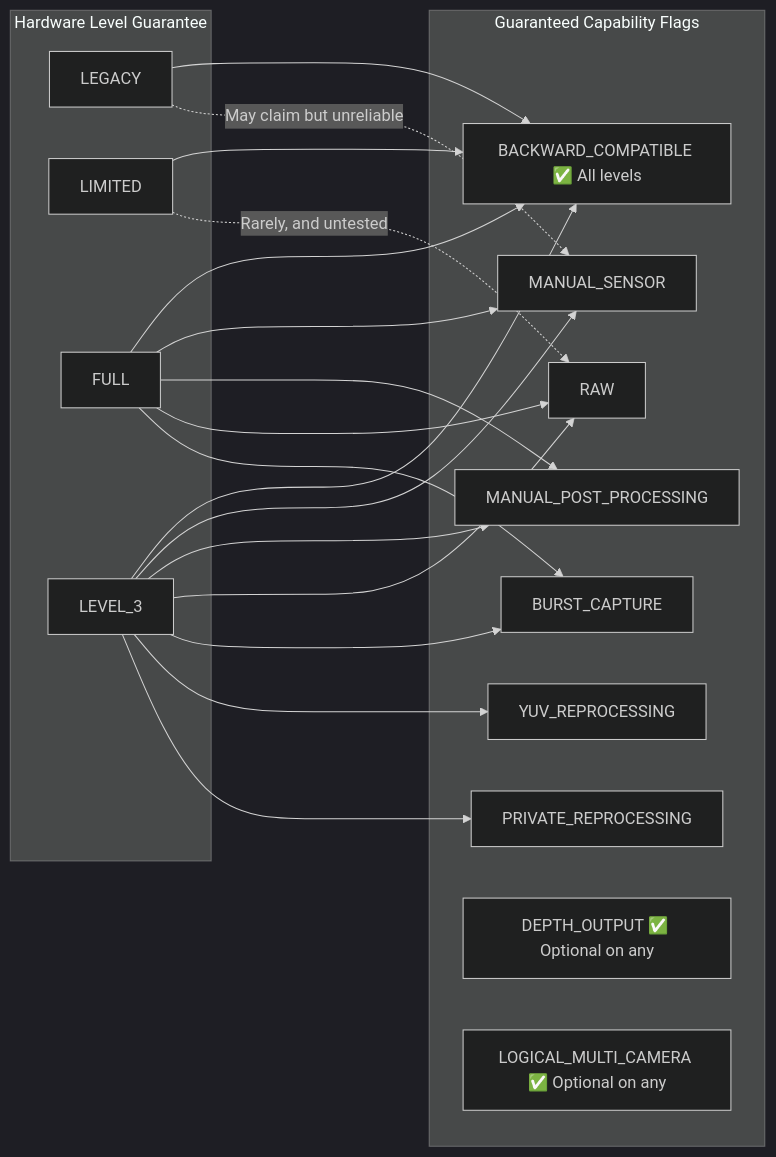
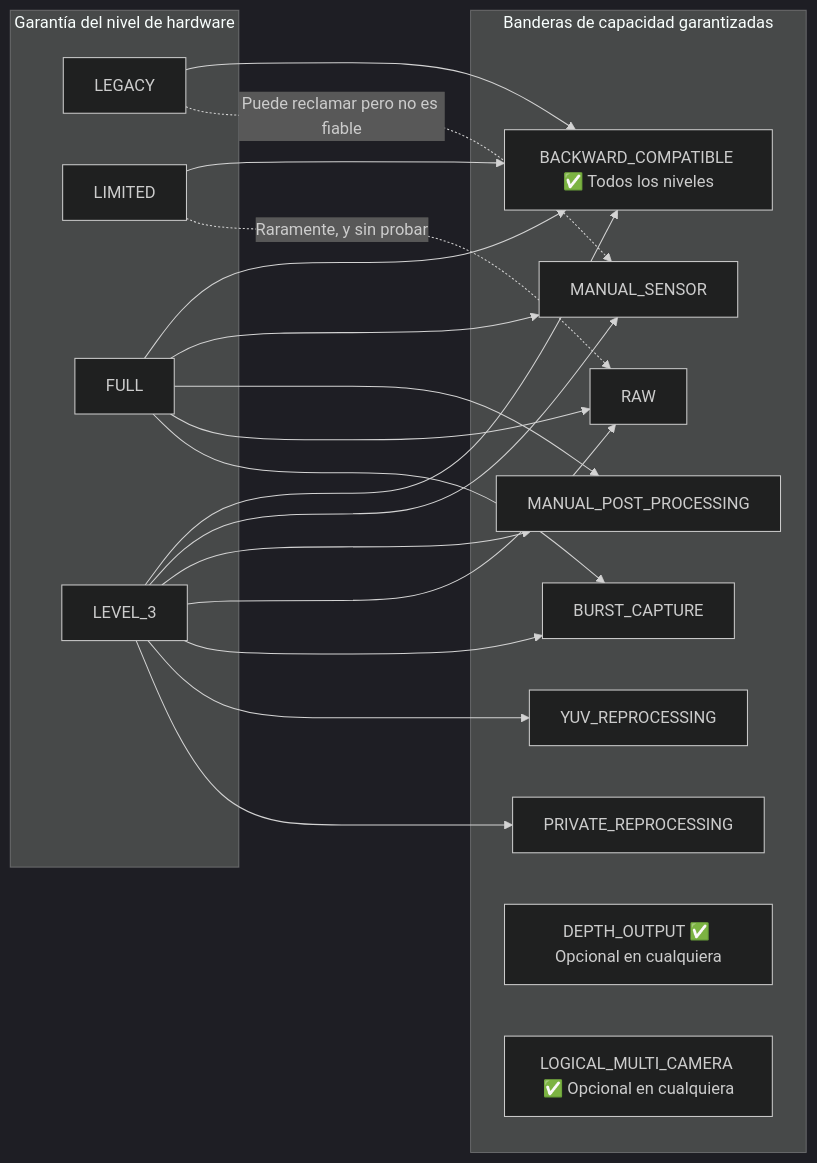
The second of 3 diagrams in website/i18n/es/docusaurus-plugin-content-docs/current/camera2/cameracharacteristics-deep-dive.md (zoozooll/AndroidCameraParameters), drawn with Mermaid (dark theme) before and after one commit. The commit also changed other lines of this file and 378 other files, not shown here.

````diff
--- a/website/i18n/es/docusaurus-plugin-content-docs/current/camera2/cameracharacteristics-deep-dive.md
+++ b/website/i18n/es/docusaurus-plugin-content-docs/current/camera2/cameracharacteristics-deep-dive.md
@@ -137,41 +137,41 @@
 ```mermaid
 flowchart LR
-    subgraph Level["Hardware Level Guarantee"]
+    subgraph Level["Garantía del nivel de hardware"]
         LEG["LEGACY"]
         LIM["LIMITED"]
         FUL["FULL"]
         L3["LEVEL_3"]
     end
 
-    subgraph Cap["Guaranteed Capability Flags"]
-        BC["BACKWARD_COMPATIBLE ✅ All levels"]
+    subgraph Cap["Banderas de capacidad garantizadas"]
+        BC["BACKWARD_COMPATIBLE ✅ Todos los niveles"]
         MS["MANUAL_SENSOR"]
         MP["MANUAL_POST_PROCESSING"]
         RAW["RAW"]
         BURST["BURST_CAPTURE"]
         YUV["YUV_REPROCESSING"]
         PRIV["PRIVATE_REPROCESSING"]
-        DEPTH["DEPTH_OUTPUT ✅ Optional on any"]
-        LMC["LOGICAL_MULTI_CAMERA ✅ Optional on any"]
+        DEPTH["DEPTH_OUTPUT ✅ Opcional en cualquiera"]
+        LMC["LOGICAL_MULTI_CAMERA ✅ Opcional en cualquiera"]
     end
 
     LEG --> BC
     LIM --> BC
     FUL --> BC
     L3 --> BC
 
     FUL --> MS
     FUL --> MP
     FUL --> RAW
     FUL --> BURST
 
     L3 --> MS
     L3 --> MP
     L3 --> RAW
     L3 --> BURST
     L3 --> YUV
     L3 --> PRIV
 
-    LEG -.->|"May claim but unreliable"| MS
-    LIM -.->|"Rarely, and untested"| RAW
+    LEG -.->|"Puede reclamar pero no es fiable"| MS
+    LIM -.->|"Raramente, y sin probar"| RAW
 ```
````
